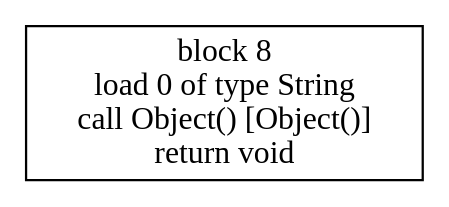
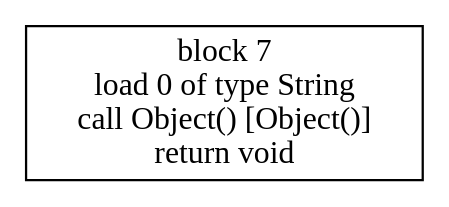
Before and after one commit to PgRepository/Kitten: the diagram in Kitten/testcases/String().dot, drawn with Graphviz. The commit also changed 843 other files, not shown here.

```diff
--- a/Kitten/testcases/String().dot
+++ b/Kitten/testcases/String().dot
@@ -1,4 +1,4 @@
 digraph "String()" {
 size = "11,7.5";
-codeblock_8 [ shape = box, label = "block 8\nload 0 of type String\ncall Object() [Object()]\nreturn void"];
+codeblock_7 [ shape = box, label = "block 7\nload 0 of type String\ncall Object() [Object()]\nreturn void"];
 }
```
